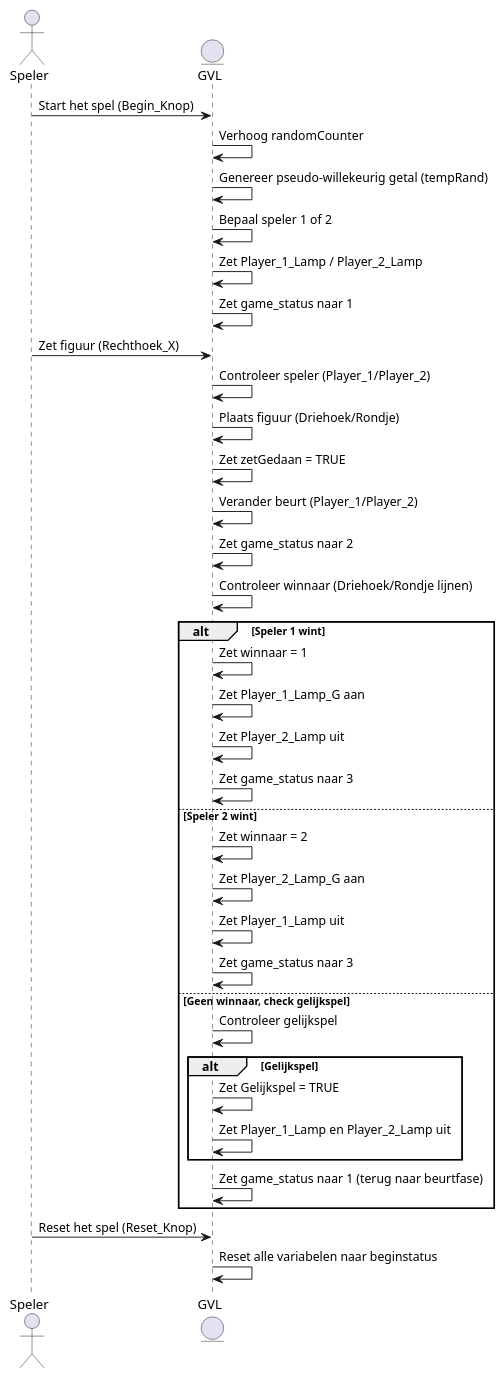
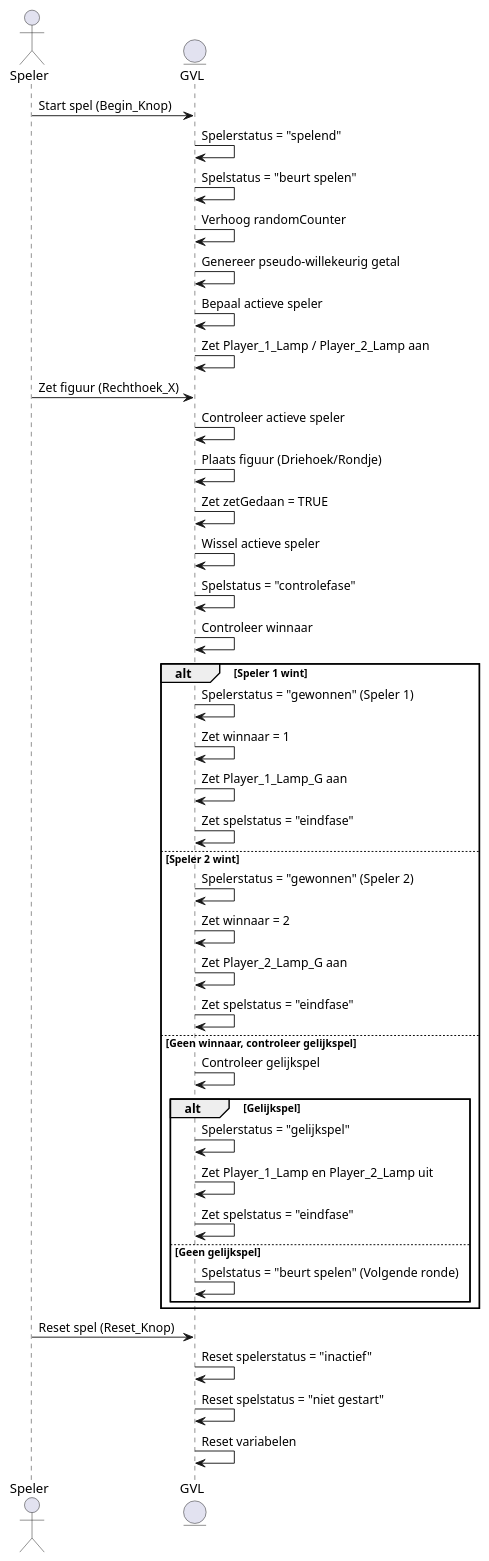
Before and after one commit to JurOtten/Proces-Safety: the diagram in src/Sequence_Diagram_for_Task_Communication.md, drawn with PlantUML.

Commit message:
-Spelerstatussen: Toegevoegd spelend, gewonnen, gelijkspel. -Spelstatussen: Opgenomen beurt spelen, controlefase, eindfase. -Vereenvoudiging: Overbodige interne functies verwijderd. -Structuur: Betere scheiding tussen speler- en spelstatussen. -Resultaat: Diagram is overzichtelijker en voldoet aan feedback over statusmodellering.

````diff
--- a/src/Sequence_Diagram_for_Task_Communication.md
+++ b/src/Sequence_Diagram_for_Task_Communication.md
@@ -3,46 +3,52 @@
 ```plantuml
 
 @startuml
 actor Speler
 entity GVL
 
-Speler -> GVL : Start het spel (Begin_Knop)
+Speler -> GVL : Start spel (Begin_Knop)
+GVL -> GVL : Spelerstatus = "spelend"
+GVL -> GVL : Spelstatus = "beurt spelen"
 GVL -> GVL : Verhoog randomCounter
-GVL -> GVL : Genereer pseudo-willekeurig getal (tempRand)
-GVL -> GVL : Bepaal speler 1 of 2
-GVL -> GVL : Zet Player_1_Lamp / Player_2_Lamp
-GVL -> GVL : Zet game_status naar 1
+GVL -> GVL : Genereer pseudo-willekeurig getal
+GVL -> GVL : Bepaal actieve speler
+GVL -> GVL : Zet Player_1_Lamp / Player_2_Lamp aan
 
 Speler -> GVL : Zet figuur (Rechthoek_X)
-GVL -> GVL : Controleer speler (Player_1/Player_2)
+GVL -> GVL : Controleer actieve speler
 GVL -> GVL : Plaats figuur (Driehoek/Rondje)
 GVL -> GVL : Zet zetGedaan = TRUE
-GVL -> GVL : Verander beurt (Player_1/Player_2)
-GVL -> GVL : Zet game_status naar 2
+GVL -> GVL : Wissel actieve speler
+GVL -> GVL : Spelstatus = "controlefase"
 
-GVL -> GVL : Controleer winnaar (Driehoek/Rondje lijnen)
+GVL -> GVL : Controleer winnaar
 alt Speler 1 wint
+    GVL -> GVL : Spelerstatus = "gewonnen" (Speler 1)
     GVL -> GVL : Zet winnaar = 1
     GVL -> GVL : Zet Player_1_Lamp_G aan
-    GVL -> GVL : Zet Player_2_Lamp uit
-    GVL -> GVL : Zet game_status naar 3
+    GVL -> GVL : Zet spelstatus = "eindfase"
 else Speler 2 wint
+    GVL -> GVL : Spelerstatus = "gewonnen" (Speler 2)
     GVL -> GVL : Zet winnaar = 2
     GVL -> GVL : Zet Player_2_Lamp_G aan
-    GVL -> GVL : Zet Player_1_Lamp uit
-    GVL -> GVL : Zet game_status naar 3
-else Geen winnaar, check gelijkspel
+    GVL -> GVL : Zet spelstatus = "eindfase"
+else Geen winnaar, controleer gelijkspel
     GVL -> GVL : Controleer gelijkspel
     alt Gelijkspel
-        GVL -> GVL : Zet Gelijkspel = TRUE
+        GVL -> GVL : Spelerstatus = "gelijkspel"
         GVL -> GVL : Zet Player_1_Lamp en Player_2_Lamp uit
+        GVL -> GVL : Zet spelstatus = "eindfase"
+    else Geen gelijkspel
+        GVL -> GVL : Spelstatus = "beurt spelen" (Volgende ronde)
     end
-    GVL -> GVL : Zet game_status naar 1 (terug naar beurtfase)
 end
 
-Speler -> GVL : Reset het spel (Reset_Knop)
-GVL -> GVL : Reset alle variabelen naar beginstatus
+Speler -> GVL : Reset spel (Reset_Knop)
+GVL -> GVL : Reset spelerstatus = "inactief"
+GVL -> GVL : Reset spelstatus = "niet gestart"
+GVL -> GVL : Reset variabelen
 
 @enduml
 
+
 ```
````
